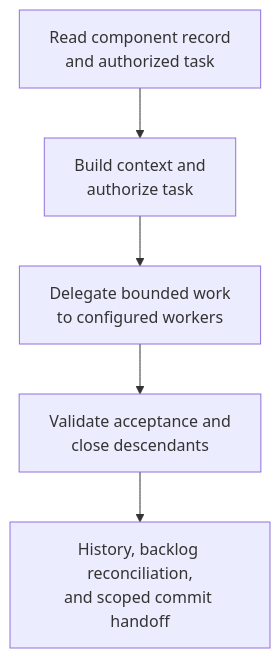
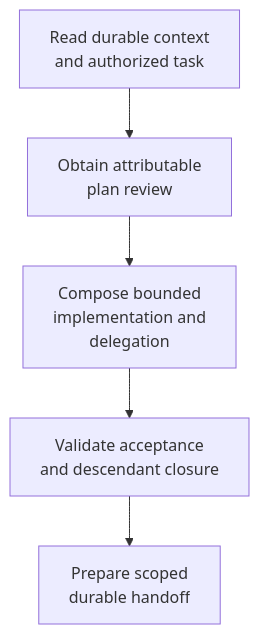
The diagram in skills/master/building-components/as-is.md (abstract-business-systems/as-is), drawn with Mermaid before and after one commit. The commit also changed other lines of this file and 35 other files, not shown here.

````diff
--- a/skills/master/building-components/as-is.md
+++ b/skills/master/building-components/as-is.md
@@ -14,7 +15,7 @@
 ```mermaid
 flowchart TD
-    A["Read component record<br/>and authorized task"] --> B["Build context and<br/>authorize task"]
-    B --> C["Delegate bounded work<br/>to configured workers"]
-    C --> D["Validate acceptance and<br/>close descendants"]
-    D --> E["History, backlog reconciliation,<br/>and scoped commit handoff"]
+    Context["Read durable context<br/>and authorized task"] --> Review["Obtain attributable<br/>plan review"]
+    Review --> Work["Compose bounded<br/>implementation and<br/>delegation"]
+    Work --> Validate["Validate acceptance<br/>and descendant closure"]
+    Validate --> Handoff["Prepare scoped<br/>durable handoff"]
 ```
````
